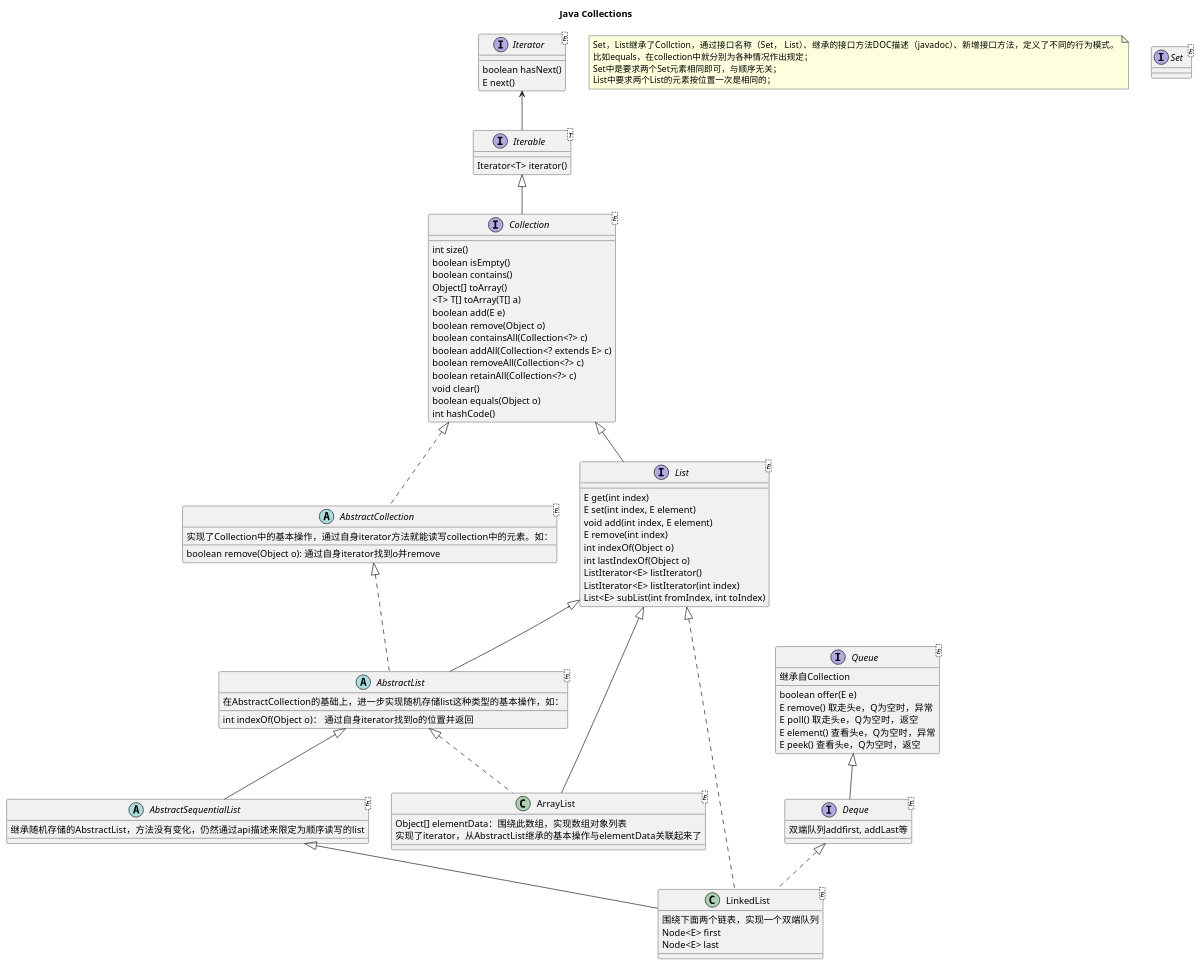
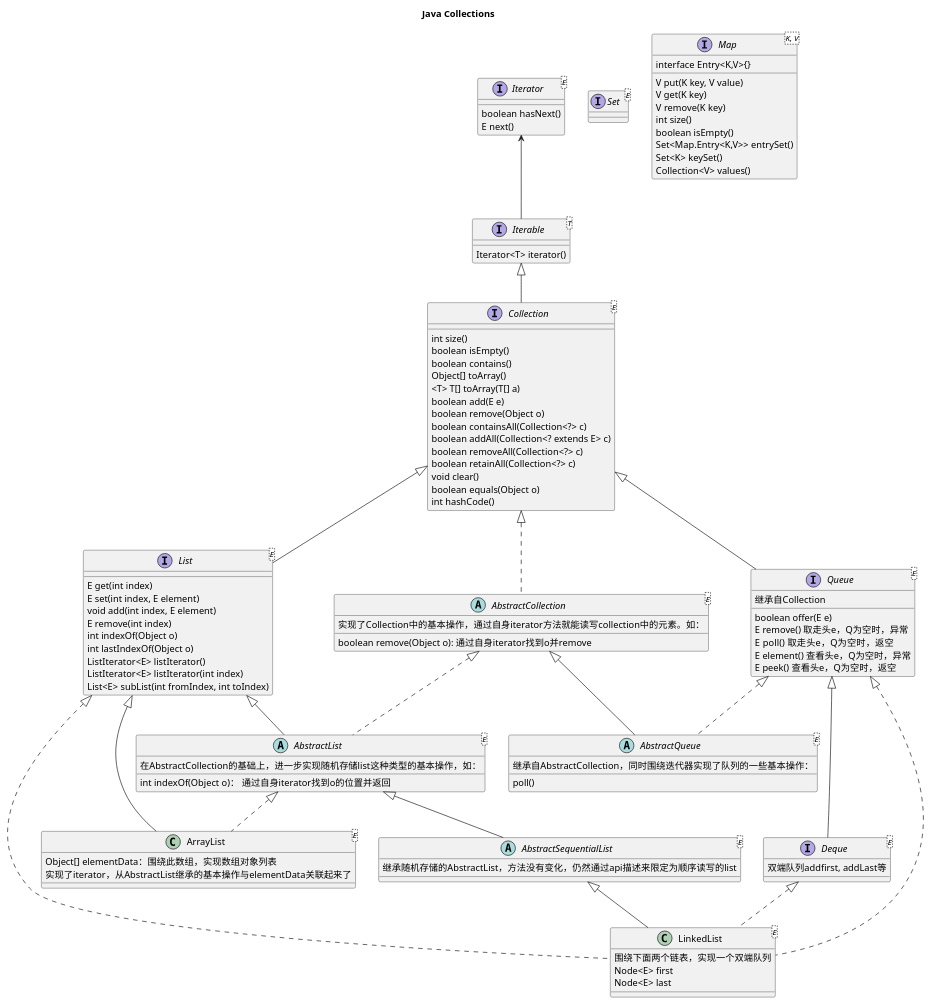
Before and after one commit to skyaugust/knowledge-l-learned: the diagram in java-collections.wsd, drawn with PlantUML. The commit also changed 20 other files, not shown here.

```diff
--- a/java-collections.wsd
+++ b/java-collections.wsd
@@ -1,104 +1,121 @@
 @startuml
 title Java Collections 
 interface Iterator<E> {
     boolean hasNext()
     E next()
 }
 interface Iterable<T> {
     Iterator<T> iterator()
 }
 
 interface Collection<E> {
     int size()
     boolean isEmpty()
     boolean contains()
     Object[] toArray()
     <T> T[] toArray(T[] a)
     boolean add(E e)
     boolean remove(Object o)
     boolean containsAll(Collection<?> c)
     boolean addAll(Collection<? extends E> c)
     boolean removeAll(Collection<?> c)
     boolean retainAll(Collection<?> c)
     void clear()
     boolean equals(Object o)
     int hashCode()
 }
 
 interface List<E>{
     E get(int index)
     E set(int index, E element)
     void add(int index, E element)
     E remove(int index)
     int indexOf(Object o)
     int lastIndexOf(Object o)
     ListIterator<E> listIterator()
     ListIterator<E> listIterator(int index)
     List<E> subList(int fromIndex, int toIndex)
 }
-note as Note1
-    Set，List继承了Collction，通过接口名称（Set， List）、继承的接口方法DOC描述（javadoc）、新增接口方法，定义了不同的行为模式。
-    比如equals，在collection中就分别为各种情况作出规定；
-    Set中是要求两个Set元素相同即可，与顺序无关；
-    List中要求两个List的元素按位置一次是相同的；
-end note
+
 
 interface Set<E> {
     
 }
 
 abstract class AbstractCollection<E> {
     实现了Collection中的基本操作，通过自身iterator方法就能读写collection中的元素。如：
     boolean remove(Object o): 通过自身iterator找到o并remove
 
 }
 
 abstract class AbstractList<E> {
     在AbstractCollection的基础上，进一步实现随机存储list这种类型的基本操作，如：
     int indexOf(Object o)： 通过自身iterator找到o的位置并返回
 } 
 
 class ArrayList<E>  {
     Object[] elementData：围绕此数组，实现数组对象列表
     实现了iterator，从AbstractList继承的基本操作与elementData关联起来了
 }
 
 interface Queue<E> {
     继承自Collection
     boolean offer(E e)
     E remove() 取走头e，Q为空时，异常
     E poll()  取走头e，Q为空时，返空
     E element() 查看头e，Q为空时，异常
     E peek() 查看头e，Q为空时，返空
 
 }
-
+Collection <|-- Queue
 interface Deque<E> {
     双端队列addfirst, addLast等
 }
 abstract class AbstractSequentialList<E>  {
     继承随机存储的AbstractList，方法没有变化，仍然通过api描述来限定为顺序读写的list
 }
 
 class LinkedList<E> {
     围绕下面两个链表，实现一个双端队列
     Node<E> first
     Node<E> last
 }
+
 Iterator <-- Iterable
 Iterable <|-- Collection
 Collection <|-- List
 Collection <|.. AbstractCollection
 AbstractCollection <|.. AbstractList
 List <|-- AbstractList
 AbstractList <|.. ArrayList
 List <|-- ArrayList
 
 
 List <|.. LinkedList
 Queue <|-- Deque
 Deque <|.. LinkedList
+Queue <|.. LinkedList
 AbstractList <|-- AbstractSequentialList
 AbstractSequentialList <|-- LinkedList
 
+
+interface Map<K, V>{
+    interface Entry<K,V>{}
+    V put(K key, V value)
+    V get(K key)
+    V remove(K key)
+    int size()
+    boolean isEmpty()
+    Set<Map.Entry<K,V>> entrySet()
+    Set<K> keySet()
+    Collection<V> values()
+}
+abstract class AbstractQueue<E> {
+    继承自AbstractCollection，同时围绕迭代器实现了队列的一些基本操作：
+    poll()
+}
+
+AbstractCollection <|--  AbstractQueue
+Queue  <|.. AbstractQueue
+
 @enduml
```
